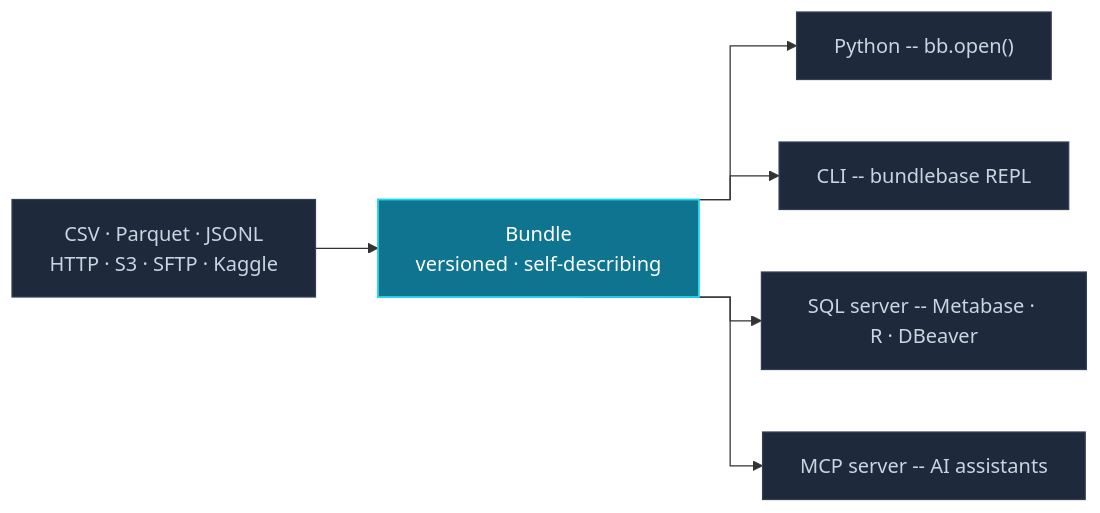
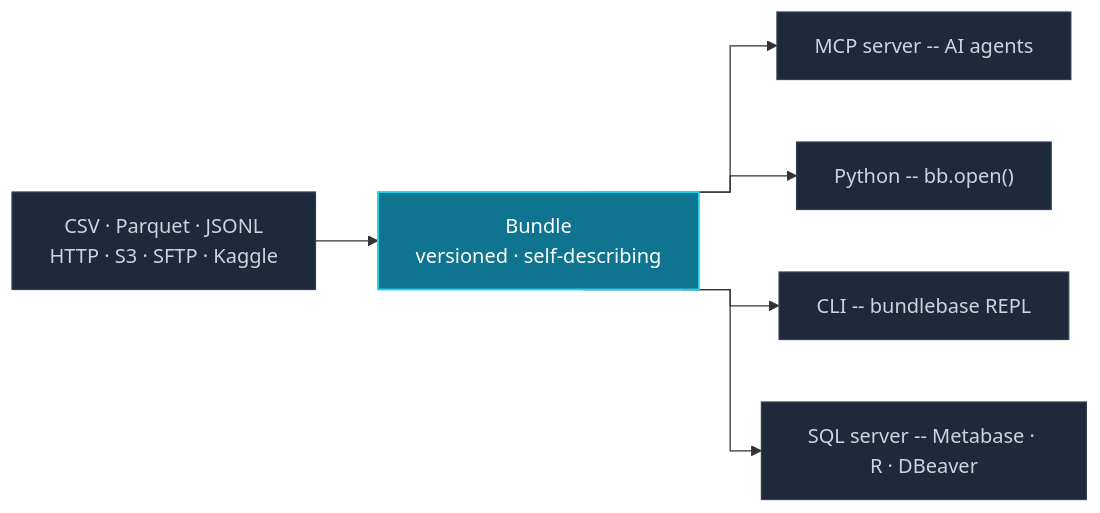
The diagram in docs/index.md (nvoxland/bundlebase), drawn with Mermaid before and after one commit. The commit also changed other lines of this file and 6 other files, not shown here.

````diff
--- a/docs/index.md
+++ b/docs/index.md
@@ -132,17 +154,17 @@
 ```mermaid
 %%{init: {'flowchart': {'curve': 'stepAfter'}}}%%
 flowchart LR
     A["CSV · Parquet · JSONL\nHTTP · S3 · SFTP · Kaggle"] --> B["Bundle\nversioned · self-describing"]
-    B --> C1["Python -- bb.open()"]
-    B --> C2["CLI -- bundlebase REPL"]
-    B --> C3["SQL server -- Metabase · R · DBeaver"]
-    B --> C4["MCP server -- AI assistants"]
+    B --> C1["MCP server -- AI agents"]
+    B --> C2["Python -- bb.open()"]
+    B --> C3["CLI -- bundlebase REPL"]
+    B --> C4["SQL server -- Metabase · R · DBeaver"]
 
     classDef bundle fill:#0e7490,color:#fff,stroke:#22d3ee,stroke-width:1.5px
     classDef output fill:#1e293b,color:#cbd5e1,stroke:#334155,stroke-width:1px
     classDef source fill:#1e293b,color:#cbd5e1,stroke:#334155,stroke-width:1px
 
     class B bundle
     class C1,C2,C3,C4 output
     class A source
 ```
````
